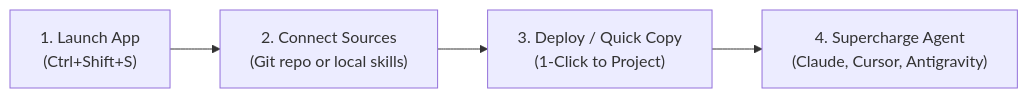
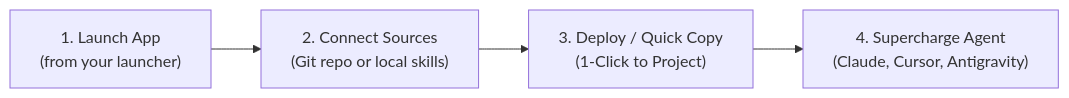
The first of 3 diagrams in README.md (dishanagalawatta/SkillManager), drawn with Mermaid before and after one commit. The commit also changed other lines of this file, not shown here.

````diff
--- a/README.md
+++ b/README.md
@@ -107,6 +87,6 @@
 ```mermaid
 flowchart LR
-    A["1. Launch App\n(Ctrl+Shift+S)"] --> B["2. Connect Sources\n(Git repo or local skills)"]
+    A["1. Launch App\n(from your launcher)"] --> B["2. Connect Sources\n(Git repo or local skills)"]
     B --> C["3. Deploy / Quick Copy\n(1-Click to Project)"]
     C --> D["4. Supercharge Agent\n(Claude, Cursor, Antigravity)"]
 ```
````
